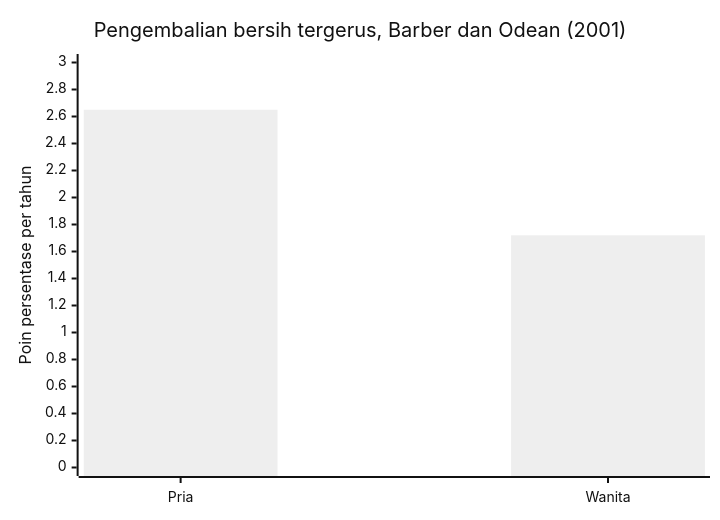
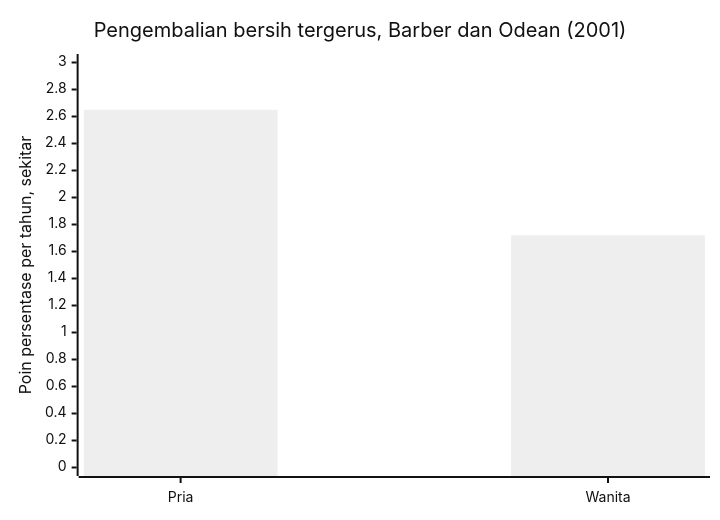
The diagram in books/psikologi-di-balik-keputusan-finansial-kita/src/content/09_terlalu-percaya-diri-di-pasar.md (belajarcarabelajar/dawnbook), drawn with Mermaid (neutral theme) before and after one commit. The commit also changed 9 other files, not shown here.

Commit message:
fix(books): RF4 review fixes (no inferred chain in neuroplastisitas ch09, carbon-14 ends as nitrogen, hedge on the ch09 axis, multidisiplin diagram after its steps)

````diff
--- a/books/psikologi-di-balik-keputusan-finansial-kita/src/content/09_terlalu-percaya-diri-di-pasar.md
+++ b/books/psikologi-di-balik-keputusan-finansial-kita/src/content/09_terlalu-percaya-diri-di-pasar.md
@@ -21,9 +21,9 @@
 ```mermaid
 xychart
     accTitle: Pengembalian bersih yang tergerus perdagangan per tahun
     accDescr: Grafik batang dari studi Barber dan Odean (2001) atas lebih dari 35.000 rumah tangga. Perdagangan menggerus pengembalian bersih pria sekitar 2,65 poin persentase per tahun, dibanding 1,72 poin untuk wanita.
     title "Pengembalian bersih tergerus, Barber dan Odean (2001)"
     x-axis ["Pria", "Wanita"]
-    y-axis "Poin persentase per tahun" 0 --> 3
+    y-axis "Poin persentase per tahun, sekitar" 0 --> 3
     bar [2.65, 1.72]
 ```
````
